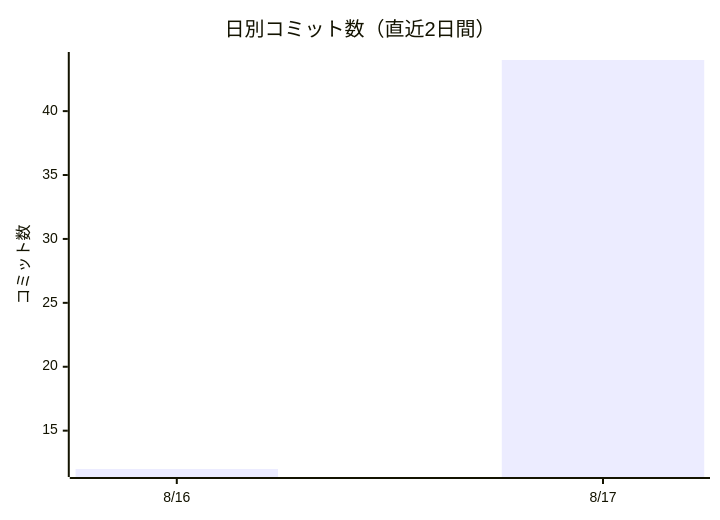
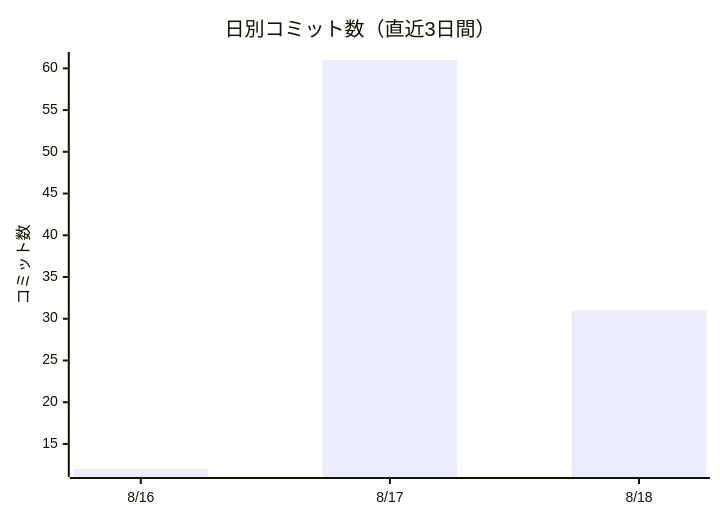
Before and after one commit to non-x2/non-x2: the first of 2 diagrams in docs/進化レポート.md, drawn with Mermaid. The commit also changed other lines of this file, not shown here.

````diff
--- a/docs/進化レポート.md
+++ b/docs/進化レポート.md
@@ -23,7 +23,7 @@
 ```mermaid
 xychart-beta
-    title "日別コミット数（直近2日間）"
-    x-axis ["8/16", "8/17"]
+    title "日別コミット数（直近3日間）"
+    x-axis ["8/16", "8/17", "8/18"]
     y-axis "コミット数"
-    bar [12, 44]
+    bar [12, 61, 31]
 ```
````
